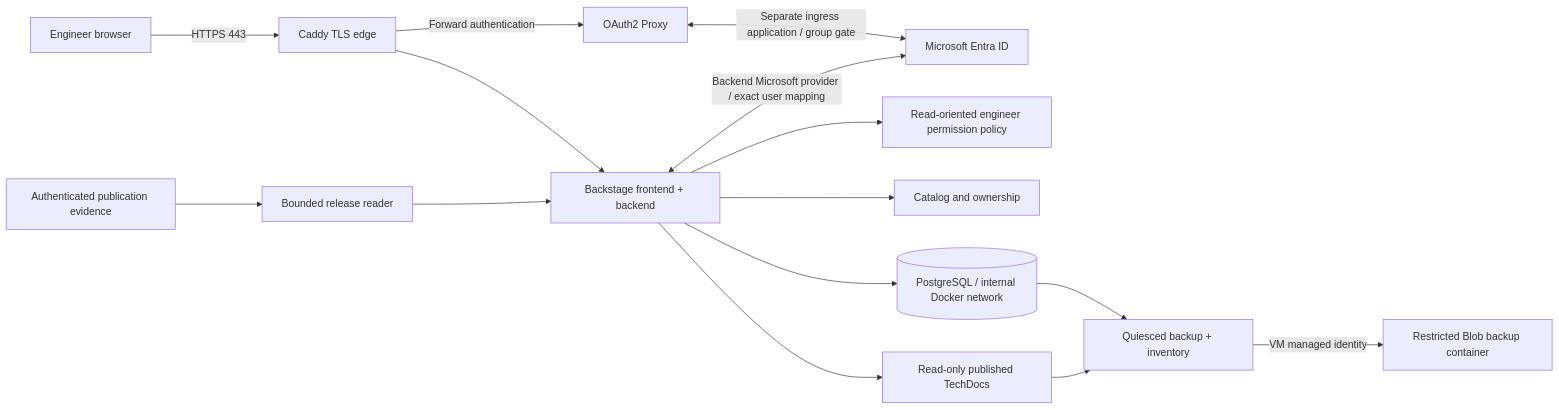
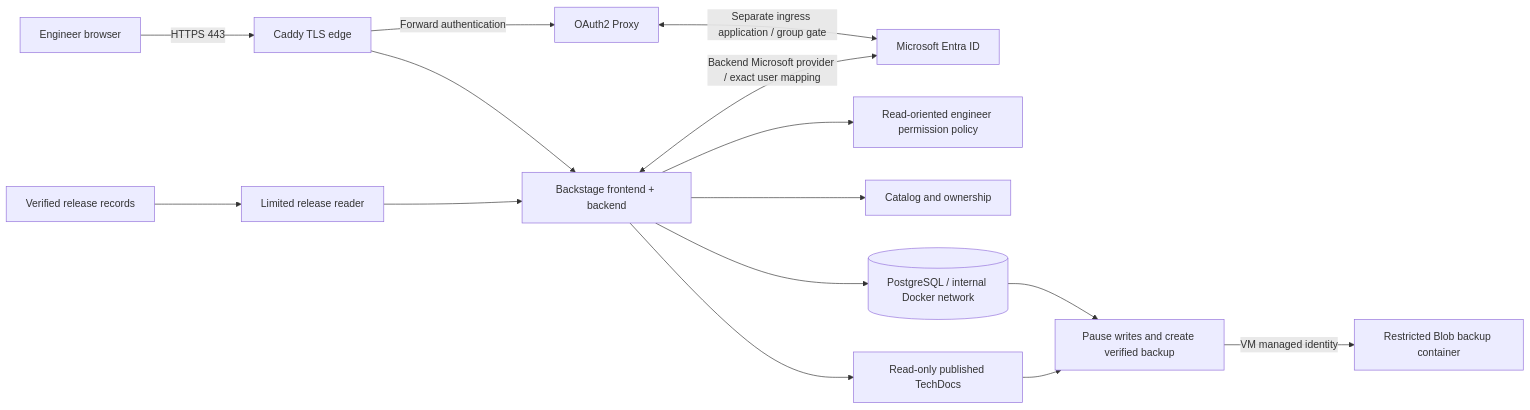
The diagram in README.md (truthofsource/azure-backstage-developer-portal), drawn with Mermaid before and after one commit. The commit also changed other lines of this file, not shown here.

````diff
--- a/README.md
+++ b/README.md
@@ -45,17 +45,17 @@
 ```mermaid
 flowchart LR
   Engineer[Engineer browser] -->|HTTPS 443| Caddy[Caddy TLS edge]
   Caddy -->|Forward authentication| Proxy[OAuth2 Proxy]
   Proxy <-->|Separate ingress application / group gate| Entra[Microsoft Entra ID]
   Caddy --> Backend[Backstage frontend + backend]
   Backend <-->|Backend Microsoft provider / exact user mapping| Entra
   Backend --> Policy[Read-oriented engineer permission policy]
   Backend --> Catalog[Catalog and ownership]
   Backend --> Docs[Read-only published TechDocs]
   Backend --> PG[(PostgreSQL / internal Docker network)]
-  Evidence[Authenticated publication evidence] --> Reader[Bounded release reader]
+  Evidence[Verified release records] --> Reader[Limited release reader]
   Reader --> Backend
-  Backup[Quiesced backup + inventory] -->|VM managed identity| Blob[Restricted Blob backup container]
+  Backup[Pause writes and create verified backup] -->|VM managed identity| Blob[Restricted Blob backup container]
   PG --> Backup
   Docs --> Backup
 ```
````
